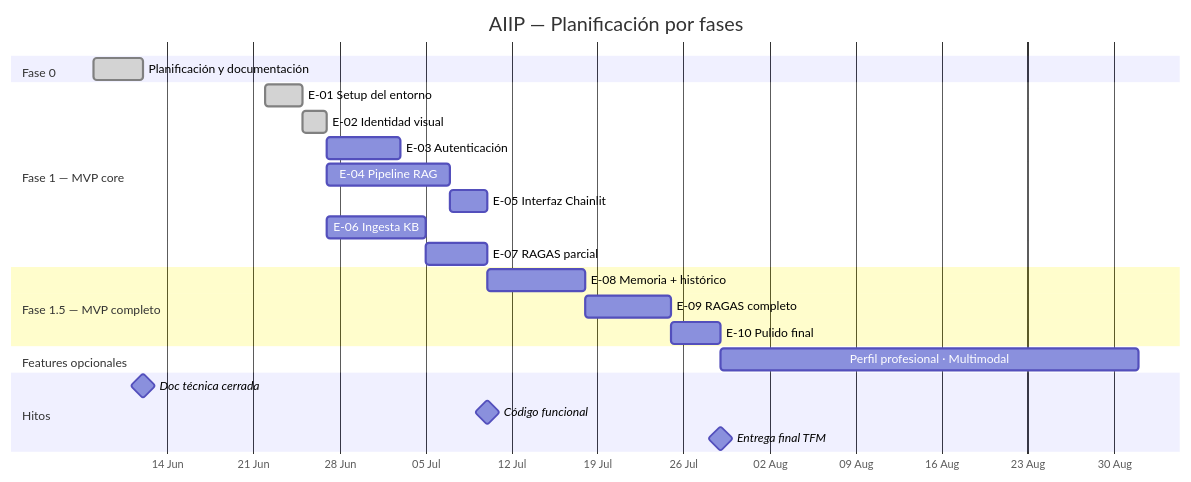
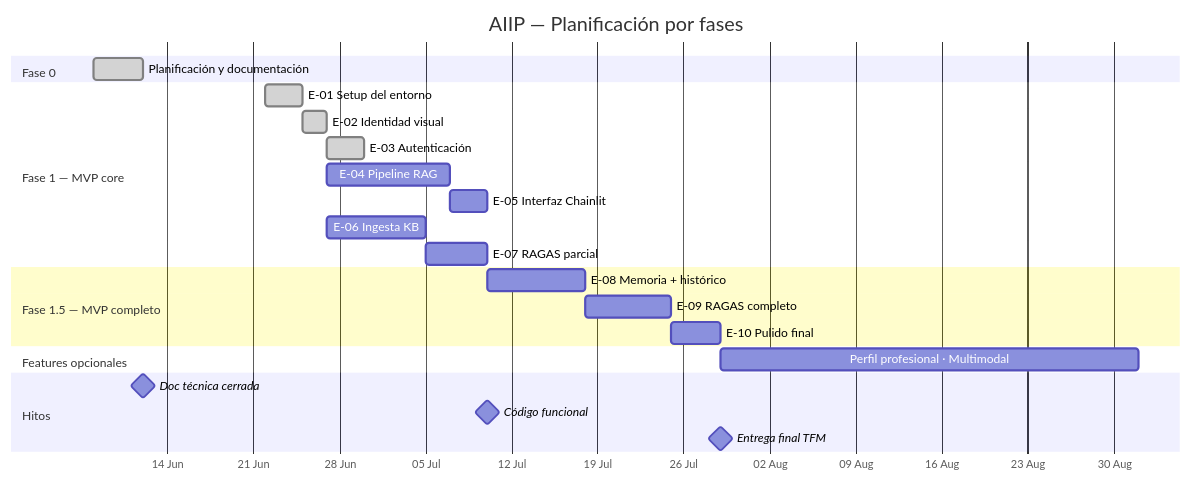
Before and after one commit to mimpho/aiip: the diagram in README.md, drawn with Mermaid. The commit also changed other lines of this file and 5 other files, not shown here.

````diff
--- a/README.md
+++ b/README.md
@@ -60,31 +60,31 @@
 ```mermaid
 gantt
     title AIIP — Planificación por fases
     dateFormat  YYYY-MM-DD
     axisFormat  %d %b
 
     section Fase 0
     Planificación y documentación     :done,    f0, 2026-06-08, 2026-06-12
 
     section Fase 1 — MVP core
     E-01 Setup del entorno            :done,    e01, 2026-06-22, 2026-06-25
     E-02 Identidad visual             :done,    e02, 2026-06-25, 2026-06-27
-    E-03 Autenticación                :         e03, 2026-06-27, 2026-07-03
+    E-03 Autenticación                :done,    e03, 2026-06-27, 2026-06-30
     E-04 Pipeline RAG                 :         e04, 2026-06-27, 2026-07-07
     E-05 Interfaz Chainlit            :         e05, 2026-07-07, 2026-07-10
     E-06 Ingesta KB                   :         e06, 2026-06-27, 2026-07-05
     E-07 RAGAS parcial                :         e07, 2026-07-05, 2026-07-10
 
     section Fase 1.5 — MVP completo
     E-08 Memoria + histórico          :         e08, 2026-07-10, 2026-07-18
     E-09 RAGAS completo               :         e09, 2026-07-18, 2026-07-25
     E-10 Pulido final                 :         e10, 2026-07-25, 2026-07-29
 
     section Features opcionales
     Perfil profesional · Multimodal   :         fo, 2026-07-29, 2026-09-01
 
     section Hitos
     Doc técnica cerrada               :milestone, 2026-06-12, 0d
     Código funcional                  :milestone, 2026-07-10, 0d
     Entrega final TFM                 :milestone, 2026-07-29, 0d
 ```
````
